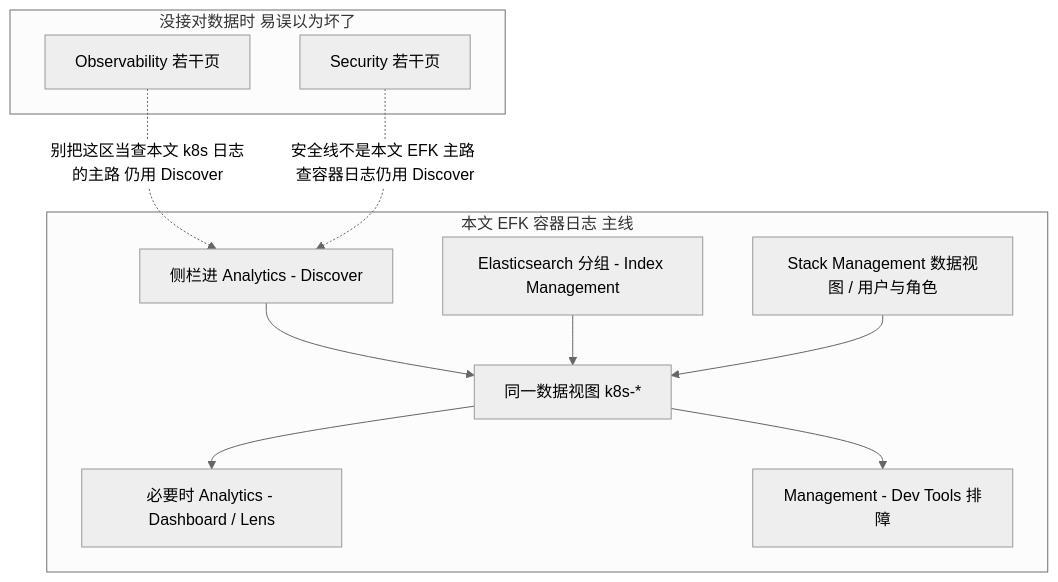
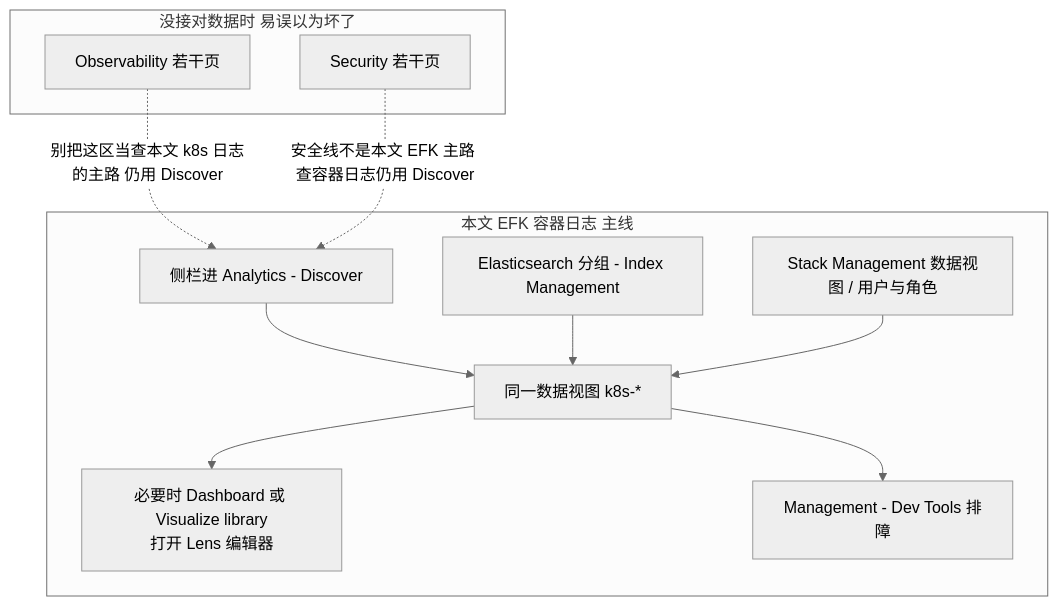
One commit to brinnatt/kubeauto changed diagram 15 of 35 in docs/efk/EFK.md. Above: the diagram before and after it, drawn with Mermaid (neutral theme). The commit also changed other lines of this file, not shown here.

````diff
--- a/docs/efk/EFK.md
+++ b/docs/efk/EFK.md
@@ -1041,21 +1041,21 @@
 ```mermaid
 flowchart TB
   subgraph EFK[本文 EFK 容器日志 主线]
     A1[侧栏进 Analytics - Discover]
     A2[同一数据视图 k8s-*]
-    A3[必要时 Analytics - Dashboard / Lens]
+    A3[必要时 Dashboard 或 Visualize library<br/>打开 Lens 编辑器]
     A4[Management - Dev Tools 排障]
     A5[Elasticsearch 分组 - Index Management]
     A6[Stack Management 数据视图 / 用户与角色]
   end
   subgraph skip[没接对数据时 易误以为坏了]
     O1[Observability 若干页]
     S1[Security 若干页]
   end
   A1 --> A2 --> A3
   A2 --> A4
   A5 --> A2
   A6 --> A2
   O1 -.->|别把这区当查本文 k8s 日志的主路 仍用 Discover| A1
   S1 -.->|安全线不是本文 EFK 主路 查容器日志仍用 Discover| A1
 ```
````
